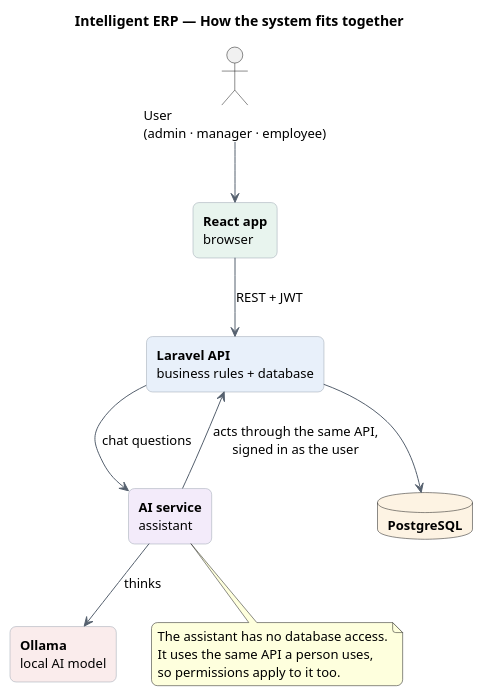
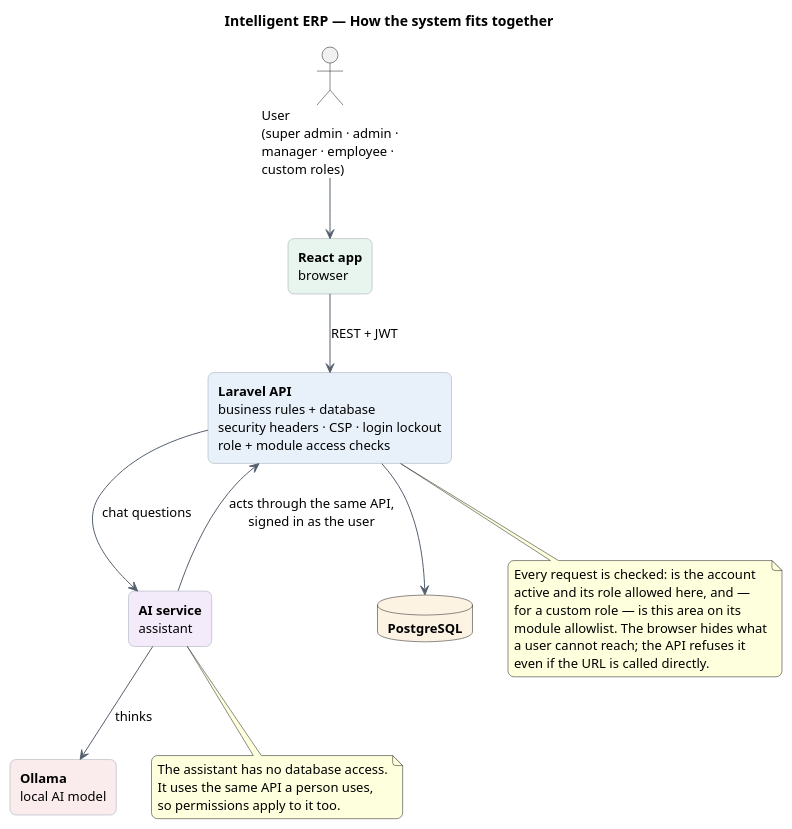
Before and after one commit to mariemtnb/ERP-AI-odoo-like: the diagram in diagrams/overview.puml, drawn with PlantUML. The commit also changed 7 other files, not shown here.

First line of the commit message:
Docs: refresh diagrams and add a plain-language project report

```diff
--- a/diagrams/overview.puml
+++ b/diagrams/overview.puml
@@ -1,41 +1,50 @@
 @startuml overview
 ' One-glance map of the system. Start here.
 title Intelligent ERP — How the system fits together
 
 skinparam backgroundColor white
 skinparam shadowing false
 skinparam defaultFontName Helvetica
 skinparam defaultFontSize 13
 skinparam roundCorner 12
 skinparam ArrowColor #55606E
 skinparam rectangle {
   BorderColor #9AA5B1
   BackgroundColor #F7F9FB
 }
 
-actor "User\n(admin · manager · employee)" as user
+actor "User\n(super admin · admin ·\nmanager · employee ·\ncustom roles)" as user
 
 rectangle "**React app**\nbrowser" as front #E8F4EE
 
-rectangle "**Laravel API**\nbusiness rules + database" as api #E8F0FA
+rectangle "**Laravel API**\nbusiness rules + database\nsecurity headers · CSP · login lockout\nrole + module access checks" as api #E8F0FA
 
 rectangle "**AI service**\nassistant" as ai #F3EBFA
 
 database "**PostgreSQL**" as db #FDF3E3
 
 rectangle "**Ollama**\nlocal AI model" as llm #FAECEC
 
 user --> front
 front --> api : REST + JWT
 api --> db
 api --> ai : chat questions
 ai --> llm : thinks
 ai --> api : acts through the same API,\nsigned in as the user
 
 note bottom of ai
   The assistant has no database access.
   It uses the same API a person uses,
   so permissions apply to it too.
 end note
 
+note bottom of api
+  Every request is checked: is the account
+  active and its role allowed here, and —
+  for a custom role — is this area on its
+  module allowlist. The browser hides what
+  a user cannot reach; the API refuses it
+  even if the URL is called directly.
+end note
+
 @enduml
```
